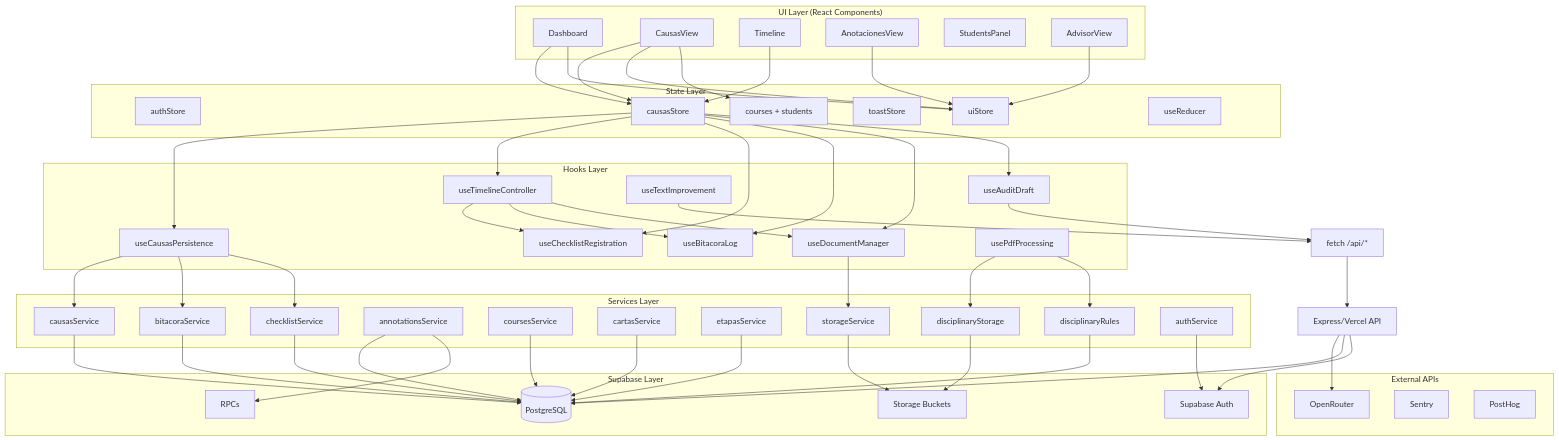
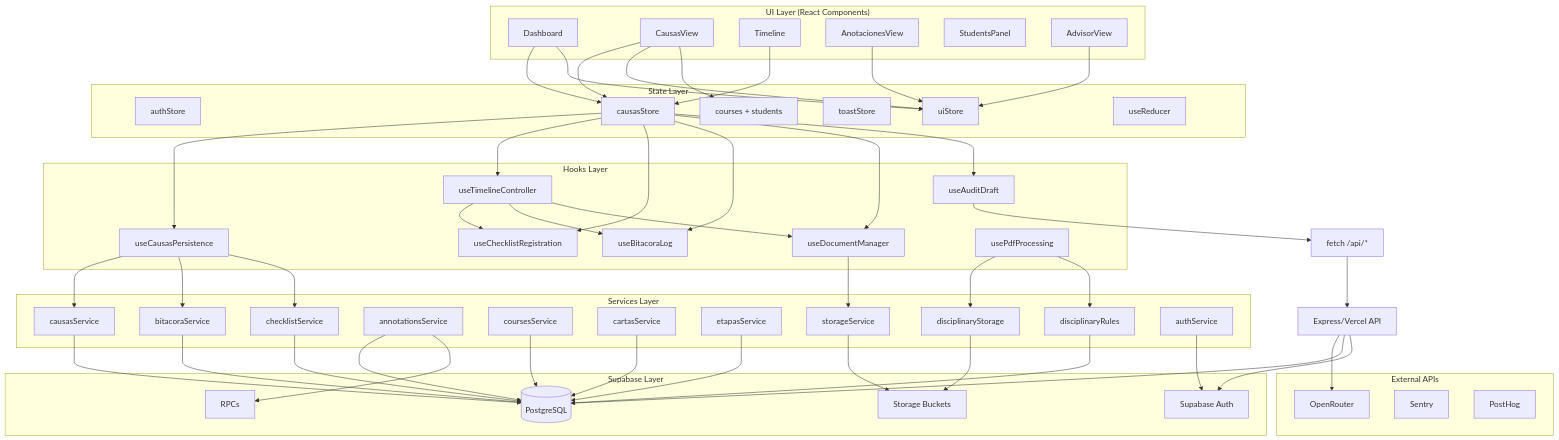
Before and after one commit to Hluengo/sistema-integral-convivencia-escolar: the first of 2 diagrams in docs/dependency-graph/05-full-system.md, drawn with Mermaid. The commit also changed 42 other files, not shown here.

```diff
--- a/docs/dependency-graph/05-full-system.md
+++ b/docs/dependency-graph/05-full-system.md
@@ -35,7 +35,6 @@
         useDocumentManager
         useAuditDraft
         usePdfProcessing
-        useTextImprovement
     end
 
     %% Layer 4: Services
@@ -97,7 +96,6 @@
     usePdfProcessing --> disciplinaryStorage
     usePdfProcessing --> disciplinaryRules
     useAuditDraft --> fetchAPI[fetch /api/*]
-    useTextImprovement --> fetchAPI
 
     %% Connections: Services → Supabase
     causasService --> DB
```
